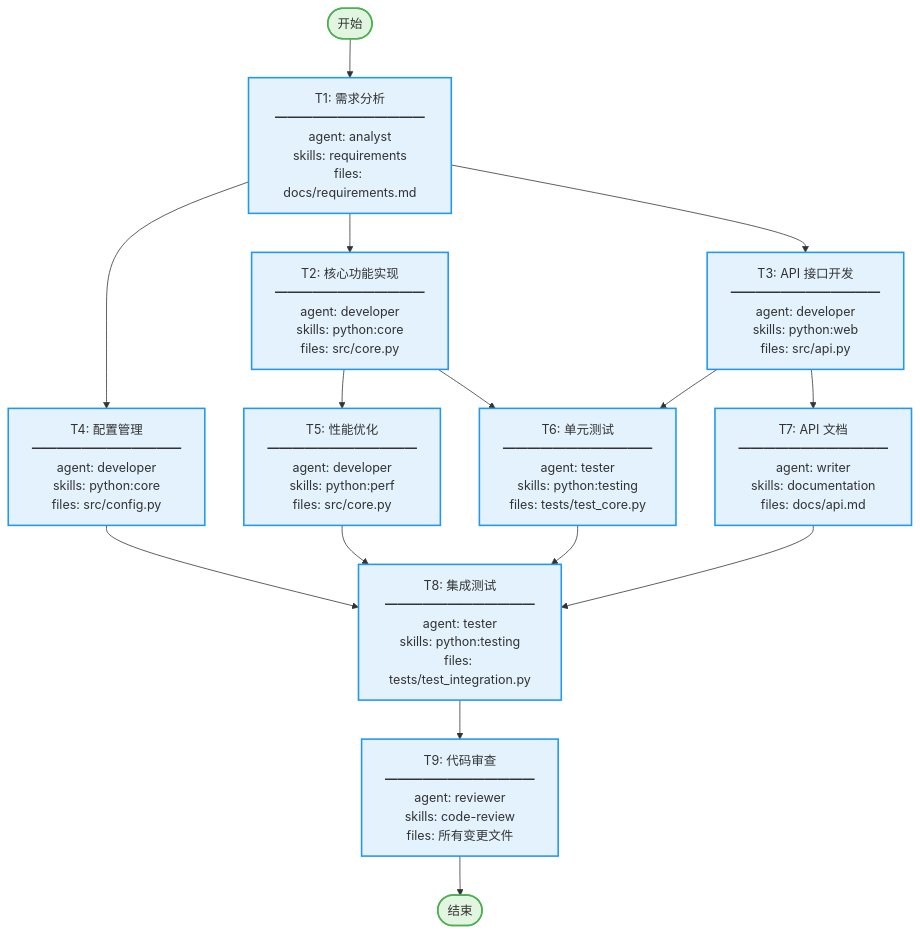
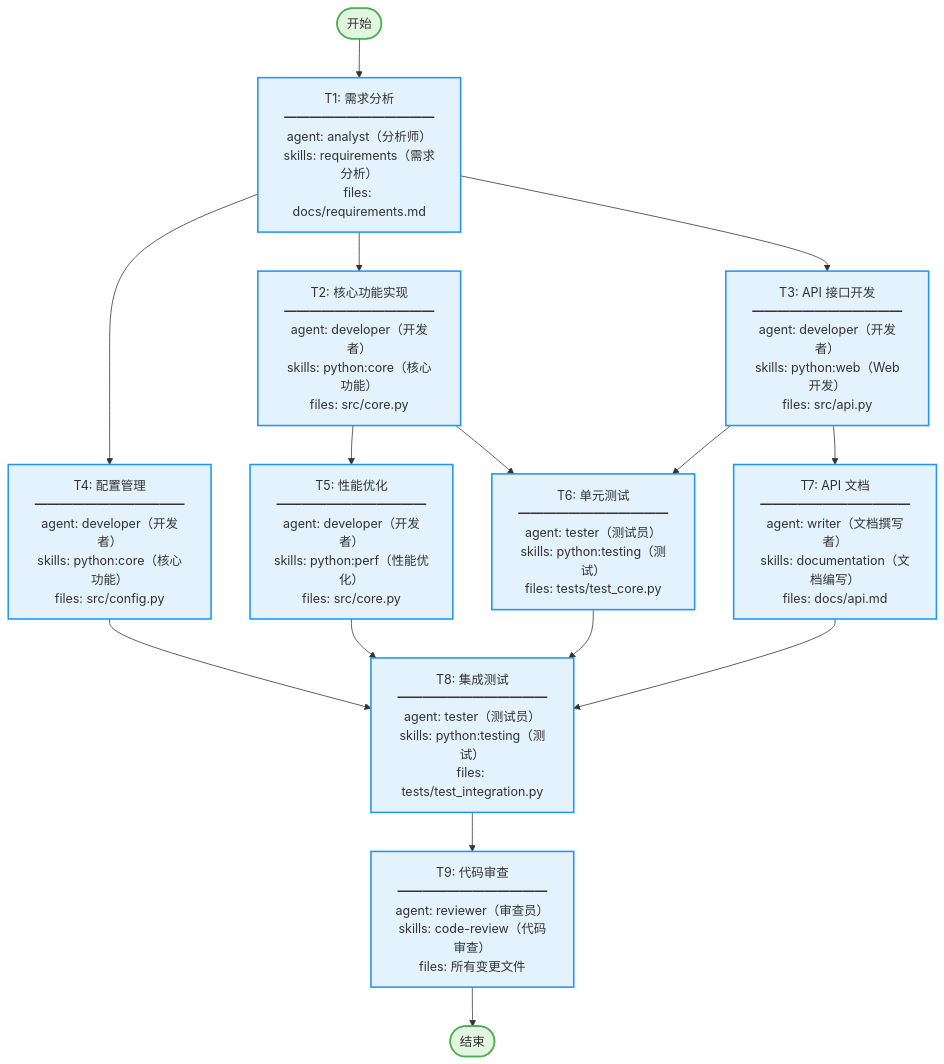
One commit to lazygophers/ccplugin changed the first of 2 diagrams in plugins/tools/task/skills/loop/plan-confirmation-template.md. Above: the diagram before and after it, drawn with Mermaid. The commit also changed other lines of this file and 22 other files, not shown here.

````diff
--- a/plugins/tools/task/skills/loop/plan-confirmation-template.md
+++ b/plugins/tools/task/skills/loop/plan-confirmation-template.md
@@ -5,38 +5,38 @@
 ```mermaid
 flowchart TD
     Start([开始]) --> T1
 
-    T1["T1: 需求分析<br/>━━━━━━━━━━━━<br/>agent: analyst<br/>skills: requirements<br/>files: docs/requirements.md"]
+    T1["T1: 需求分析<br/>━━━━━━━━━━━━<br/>agent: analyst（分析师）<br/>skills: requirements（需求分析）<br/>files: docs/requirements.md"]
 
     T1 --> T2 & T3 & T4
 
-    T2["T2: 核心功能实现<br/>━━━━━━━━━━━━<br/>agent: developer<br/>skills: python:core<br/>files: src/core.py"]
-    T3["T3: API 接口开发<br/>━━━━━━━━━━━━<br/>agent: developer<br/>skills: python:web<br/>files: src/api.py"]
-    T4["T4: 配置管理<br/>━━━━━━━━━━━━<br/>agent: developer<br/>skills: python:core<br/>files: src/config.py"]
+    T2["T2: 核心功能实现<br/>━━━━━━━━━━━━<br/>agent: developer（开发者）<br/>skills: python:core（核心功能）<br/>files: src/core.py"]
+    T3["T3: API 接口开发<br/>━━━━━━━━━━━━<br/>agent: developer（开发者）<br/>skills: python:web（Web开发）<br/>files: src/api.py"]
+    T4["T4: 配置管理<br/>━━━━━━━━━━━━<br/>agent: developer（开发者）<br/>skills: python:core（核心功能）<br/>files: src/config.py"]
 
     T2 --> T5
     T2 & T3 --> T6
 
-    T5["T5: 性能优化<br/>━━━━━━━━━━━━<br/>agent: developer<br/>skills: python:perf<br/>files: src/core.py"]
-    T6["T6: 单元测试<br/>━━━━━━━━━━━━<br/>agent: tester<br/>skills: python:testing<br/>files: tests/test_core.py"]
+    T5["T5: 性能优化<br/>━━━━━━━━━━━━<br/>agent: developer（开发者）<br/>skills: python:perf（性能优化）<br/>files: src/core.py"]
+    T6["T6: 单元测试<br/>━━━━━━━━━━━━<br/>agent: tester（测试员）<br/>skills: python:testing（测试）<br/>files: tests/test_core.py"]
 
     T3 --> T7
 
-    T7["T7: API 文档<br/>━━━━━━━━━━━━<br/>agent: writer<br/>skills: documentation<br/>files: docs/api.md"]
+    T7["T7: API 文档<br/>━━━━━━━━━━━━<br/>agent: writer（文档撰写者）<br/>skills: documentation（文档编写）<br/>files: docs/api.md"]
 
     T4 & T5 & T6 & T7 --> T8
 
-    T8["T8: 集成测试<br/>━━━━━━━━━━━━<br/>agent: tester<br/>skills: python:testing<br/>files: tests/test_integration.py"]
+    T8["T8: 集成测试<br/>━━━━━━━━━━━━<br/>agent: tester（测试员）<br/>skills: python:testing（测试）<br/>files: tests/test_integration.py"]
 
     T8 --> T9
 
-    T9["T9: 代码审查<br/>━━━━━━━━━━━━<br/>agent: reviewer<br/>skills: code-review<br/>files: 所有变更文件"]
+    T9["T9: 代码审查<br/>━━━━━━━━━━━━<br/>agent: reviewer（审查员）<br/>skills: code-review（代码审查）<br/>files: 所有变更文件"]
 
     T9 --> End([结束])
 
     classDef startEnd fill:#e1f5e1,stroke:#4caf50,stroke-width:2px
     classDef task fill:#e3f2fd,stroke:#2196f3,stroke-width:2px
 
     class Start,End startEnd
     class T1,T2,T3,T4,T5,T6,T7,T8,T9 task
 ```
````
